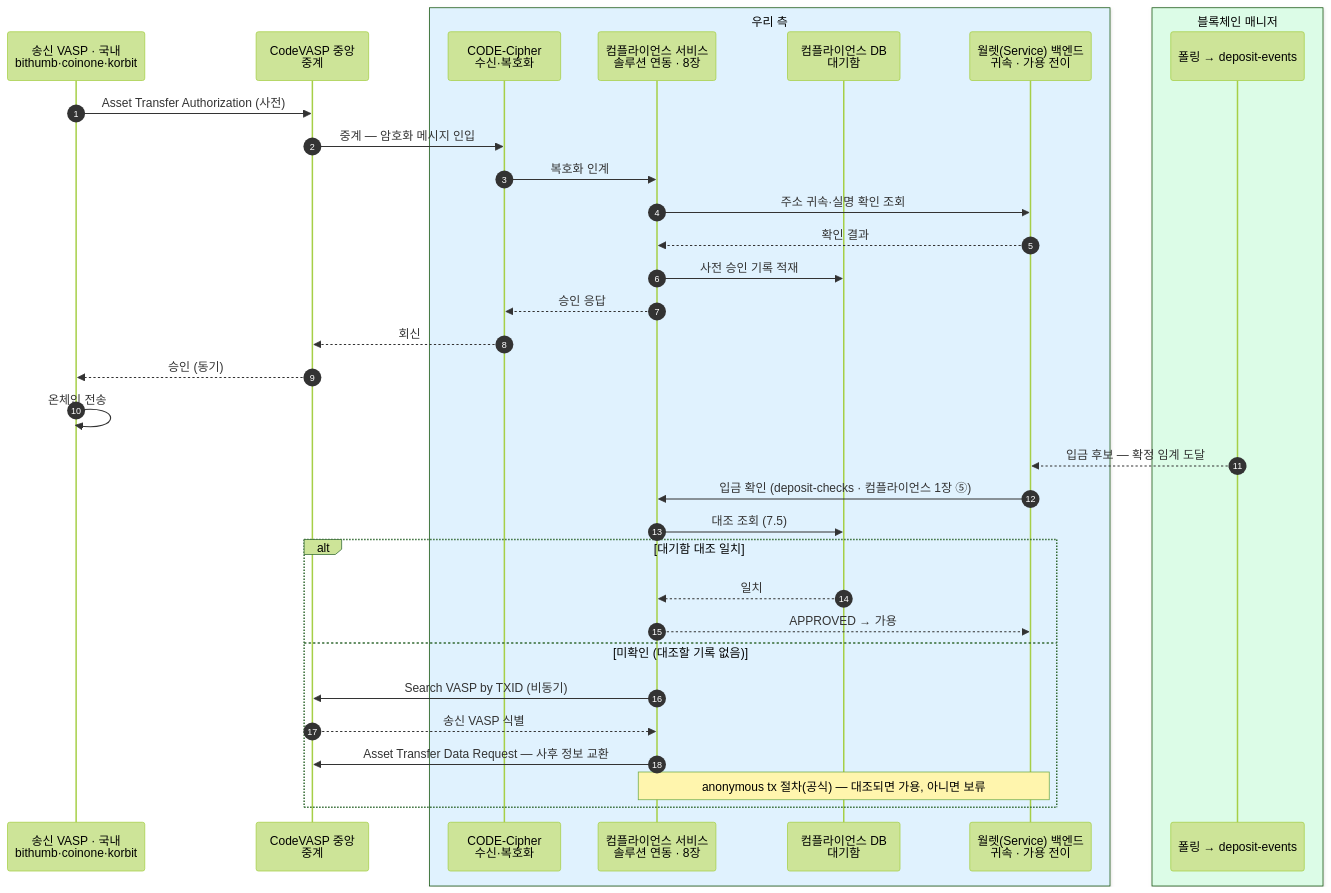
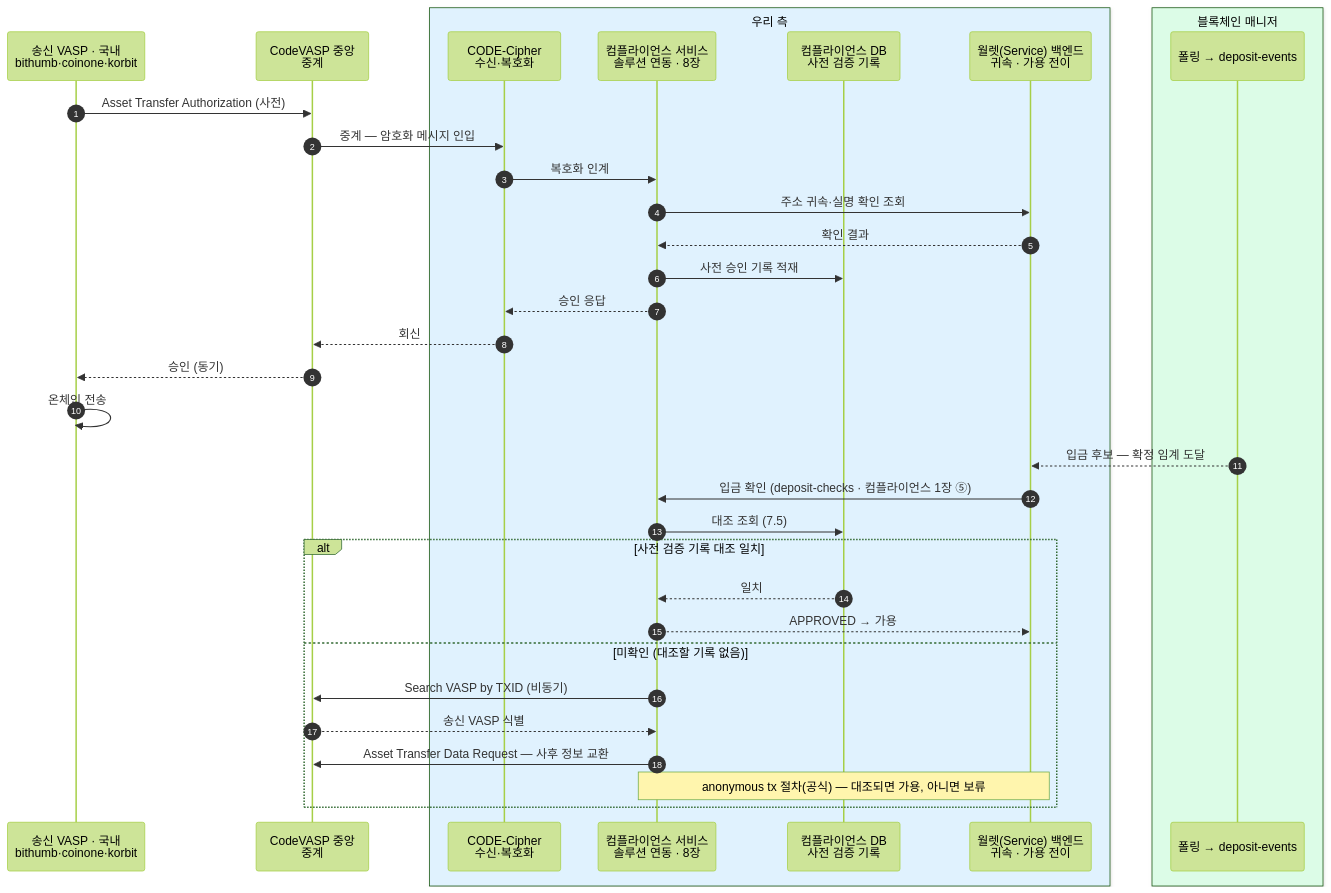
Diagram 11 of 11 in blockchain-manager/docs/트래블룰/설계/07-scenarios.md (eunsujeo/eunpus), drawn with Mermaid (forest theme) before and after one commit. The commit also changed other lines of this file and 23 other files, not shown here.

````diff
--- a/blockchain-manager/docs/트래블룰/설계/07-scenarios.md
+++ b/blockchain-manager/docs/트래블룰/설계/07-scenarios.md
@@ -461,38 +457,38 @@
 ```mermaid
 sequenceDiagram
     autonumber
     participant SV as 송신 VASP · 국내<br/>bithumb·coinone·korbit
     participant CV as CodeVASP 중앙<br/>중계
     box rgb(224,242,254) 우리 측
     participant CC as CODE-Cipher<br/>수신·복호화
     participant TR as 컴플라이언스 서비스<br/>솔루션 연동 · 8장
-    participant WQ as 컴플라이언스 DB<br/>대기함
+    participant WQ as 컴플라이언스 DB<br/>사전 검증 기록
     participant BE as 월렛(Service) 백엔드<br/>귀속 · 가용 전이
     end
     box rgb(220,252,231) 블록체인 매니저
     participant BM as 폴링 → deposit-events
     end
 
     SV->>CV: Asset Transfer Authorization (사전)
     CV->>CC: 중계 — 암호화 메시지 인입
     CC->>TR: 복호화 인계
     TR->>BE: 주소 귀속·실명 확인 조회
     BE-->>TR: 확인 결과
     TR->>WQ: 사전 승인 기록 적재
     TR-->>CC: 승인 응답
     CC-->>CV: 회신
     CV-->>SV: 승인 (동기)
     SV->>SV: 온체인 전송
     BM-->>BE: 입금 후보 — 확정 임계 도달
     BE->>TR: 입금 확인 (deposit-checks · 컴플라이언스 1장 ⑤)
     TR->>WQ: 대조 조회 (7.5)
-    alt 대기함 대조 일치
+    alt 사전 검증 기록 대조 일치
         WQ-->>TR: 일치
         TR-->>BE: APPROVED → 가용
     else 미확인 (대조할 기록 없음)
         TR->>CV: Search VASP by TXID (비동기)
         CV-->>TR: 송신 VASP 식별
         TR->>CV: Asset Transfer Data Request — 사후 정보 교환
         Note over TR,BE: anonymous tx 절차(공식) — 대조되면 가용, 아니면 보류
     end
 ```
````
